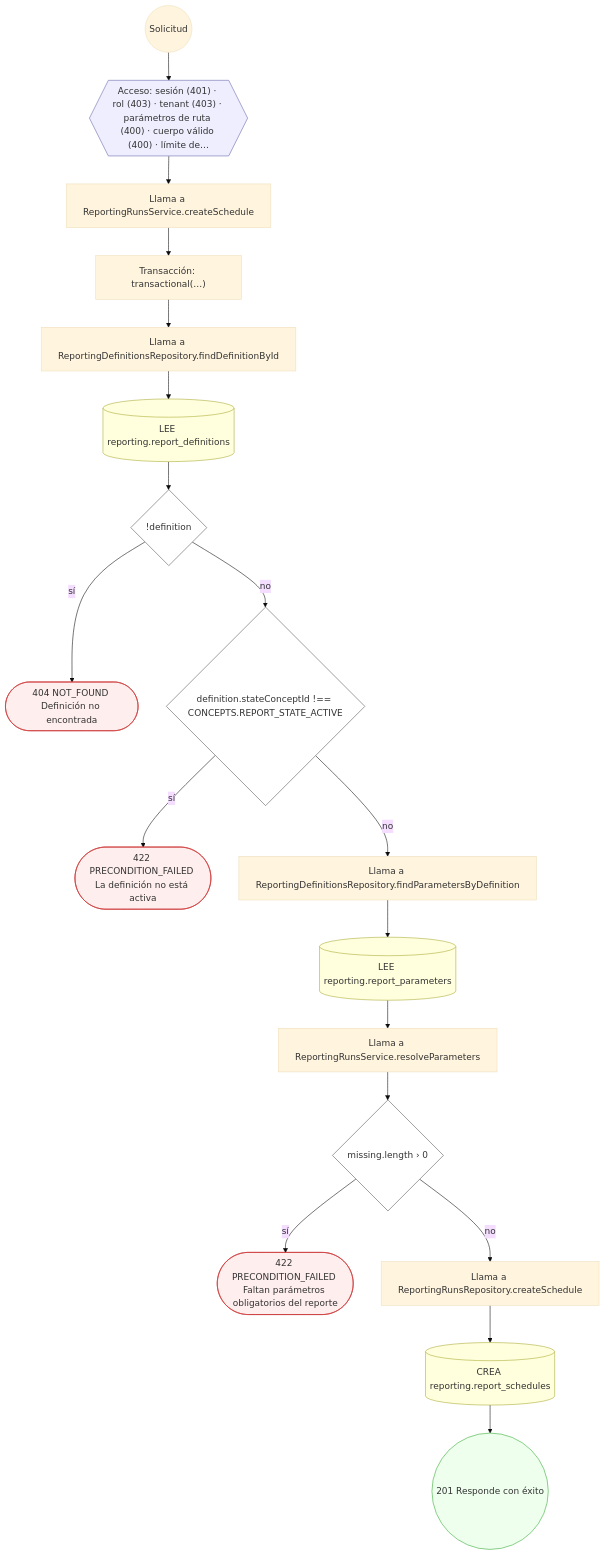
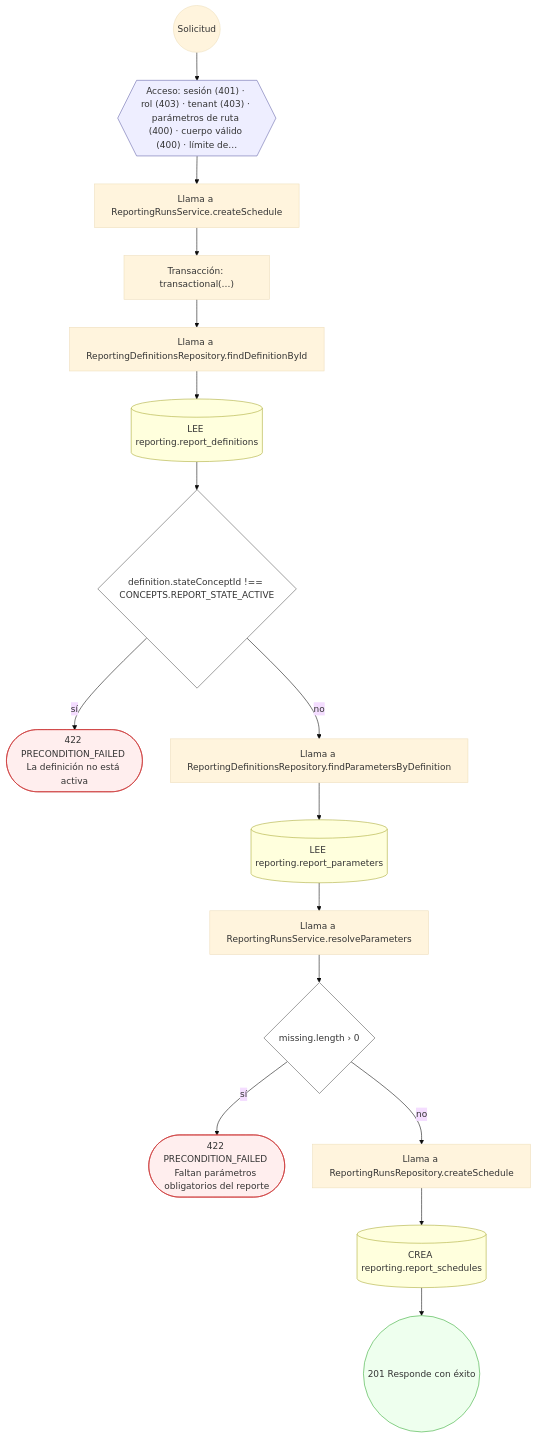
One commit to mdavila-2001/mantra-core-health-api changed the seventh of 13 diagrams in docs/inventario/flujos/reporting.md. Above: the diagram before and after it, drawn with Mermaid (base theme). The commit also changed other lines of this file and 438 other files, not shown here.

````diff
--- a/docs/inventario/flujos/reporting.md
+++ b/docs/inventario/flujos/reporting.md
@@ -539,44 +512,40 @@
 ```mermaid
 flowchart TD
   n1(("Solicitud")):::inicio
   n2{{"Acceso: sesión (401) · rol (403) · tenant (403) · parámetros de ruta (400) · cuerpo válido (400) · límite de…"}}:::acceso
   n1 --> n2
   n3["Llama a ReportingRunsService.createSchedule"]:::llamada
   n2 --> n3
   n4["Transacción: transactional(…)"]:::transaccion
   n3 --> n4
   n5["Llama a ReportingDefinitionsRepository.findDefinitionById"]:::llamada
   n4 --> n5
   n6[("LEE reporting.report_definitions")]:::efecto
   n5 --> n6
-  n7{"!definition"}:::decision
+  n7{"definition.stateConceptId !== CONCEPTS.REPORT_STATE_ACTIVE"}:::decision
   n6 --> n7
-  n8(["404 NOT_FOUND Definición no encontrada"]):::error
+  n8(["422 PRECONDITION_FAILED La definición no está activa"]):::error
   n7 -->|"sí"| n8
-  n9{"definition.stateConceptId !== CONCEPTS.REPORT_STATE_ACTIVE"}:::decision
+  n9["Llama a ReportingDefinitionsRepository.findParametersByDefinition"]:::llamada
   n7 -->|"no"| n9
-  n10(["422 PRECONDITION_FAILED La definición no está activa"]):::error
-  n9 -->|"sí"| n10
-  n11["Llama a ReportingDefinitionsRepository.findParametersByDefinition"]:::llamada
-  n9 -->|"no"| n11
-  n12[("LEE reporting.report_parameters")]:::efecto
+  n10[("LEE reporting.report_parameters")]:::efecto
+  n9 --> n10
+  n11["Llama a ReportingRunsService.resolveParameters"]:::llamada
+  n10 --> n11
+  n12{"missing.length › 0"}:::decision
   n11 --> n12
-  n13["Llama a ReportingRunsService.resolveParameters"]:::llamada
-  n12 --> n13
-  n14{"missing.length › 0"}:::decision
-  n13 --> n14
-  n15(["422 PRECONDITION_FAILED Faltan parámetros obligatorios del reporte"]):::error
-  n14 -->|"sí"| n15
-  n16["Llama a ReportingRunsRepository.createSchedule"]:::llamada
-  n14 -->|"no"| n16
-  n17[("CREA reporting.report_schedules")]:::efecto
-  n16 --> n17
-  n18(("201 Responde con éxito")):::ok
-  n17 --> n18
+  n13(["422 PRECONDITION_FAILED Faltan parámetros obligatorios del reporte"]):::error
+  n12 -->|"sí"| n13
+  n14["Llama a ReportingRunsRepository.createSchedule"]:::llamada
+  n12 -->|"no"| n14
+  n15[("CREA reporting.report_schedules")]:::efecto
+  n14 --> n15
+  n16(("201 Responde con éxito")):::ok
+  n15 --> n16
   classDef acceso fill:#eef,stroke:#66a
   classDef error fill:#fee,stroke:#c33
   classDef ok fill:#efe,stroke:#3a3
   classDef efecto fill:#ffd,stroke:#aa3
   classDef decision fill:#fff,stroke:#555
   classDef corte fill:#eee,stroke:#999,stroke-dasharray: 4
 ```
````
